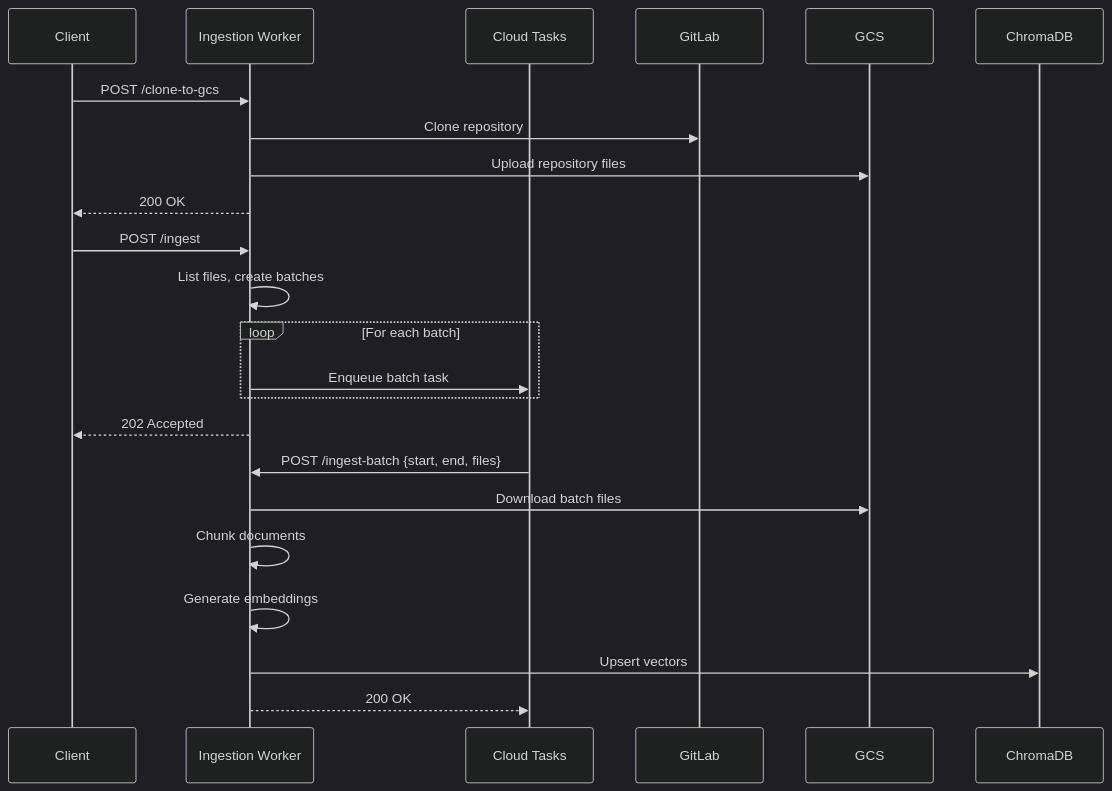
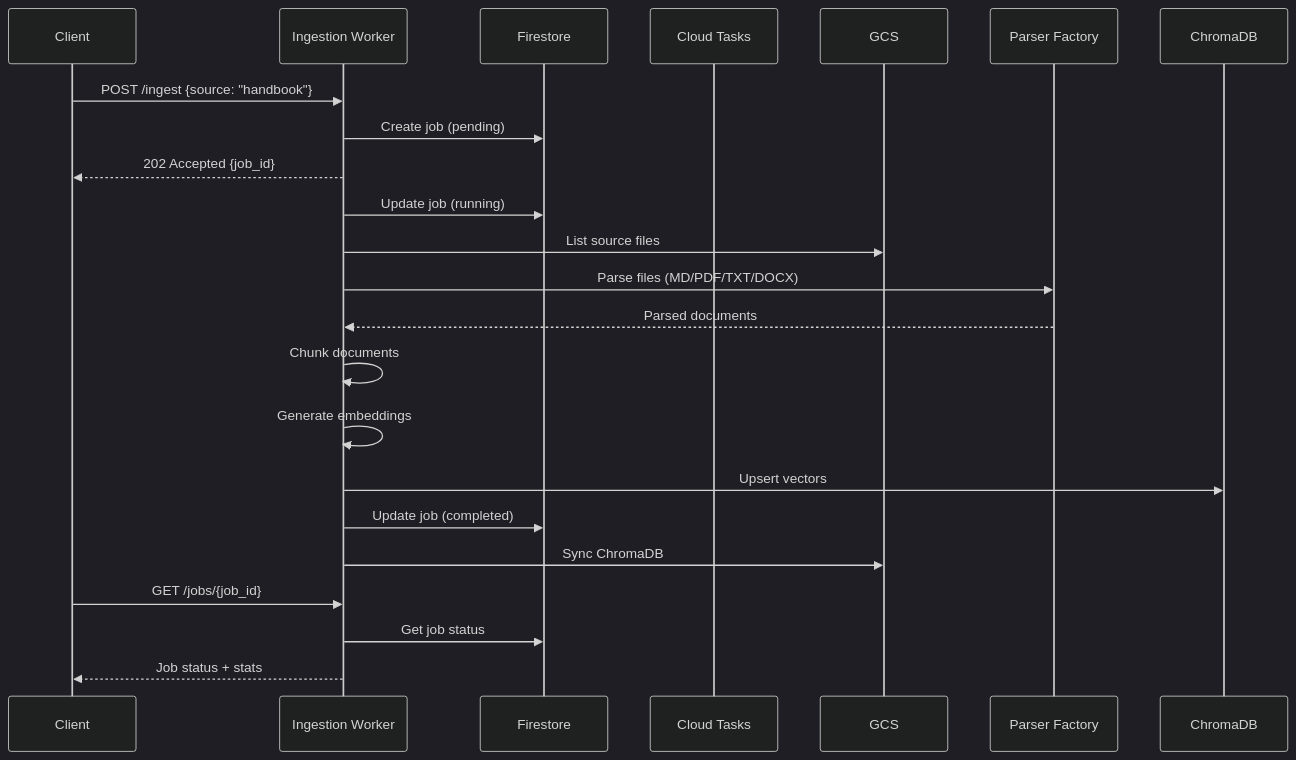
The second of 5 diagrams in docs/source/architecture/ingestion.md (TheWinterShadow/Thoth), drawn with Mermaid (dark theme) before and after one commit. The commit also changed other lines of this file and 27 other files, not shown here.

````diff
--- a/docs/source/architecture/ingestion.md
+++ b/docs/source/architecture/ingestion.md
@@ -53,28 +67,29 @@
 ```mermaid
 sequenceDiagram
     participant Client
     participant Worker as Ingestion Worker
+    participant Jobs as Firestore
     participant Tasks as Cloud Tasks
-    participant GitLab
     participant GCS
+    participant Parsers as Parser Factory
     participant ChromaDB
 
-    Client->>Worker: POST /clone-to-gcs
-    Worker->>GitLab: Clone repository
-    Worker->>GCS: Upload repository files
-    Worker-->>Client: 200 OK
+    Client->>Worker: POST /ingest {source: "handbook"}
+    Worker->>Jobs: Create job (pending)
+    Worker-->>Client: 202 Accepted {job_id}
+    Worker->>Jobs: Update job (running)
 
-    Client->>Worker: POST /ingest
-    Worker->>Worker: List files, create batches
-    loop For each batch
-        Worker->>Tasks: Enqueue batch task
-    end
-    Worker-->>Client: 202 Accepted
-
-    Tasks->>Worker: POST /ingest-batch {start, end, files}
-    Worker->>GCS: Download batch files
+    Worker->>GCS: List source files
+    Worker->>Parsers: Parse files (MD/PDF/TXT/DOCX)
+    Parsers-->>Worker: Parsed documents
     Worker->>Worker: Chunk documents
     Worker->>Worker: Generate embeddings
     Worker->>ChromaDB: Upsert vectors
-    Worker-->>Tasks: 200 OK
+
+    Worker->>Jobs: Update job (completed)
+    Worker->>GCS: Sync ChromaDB
+
+    Client->>Worker: GET /jobs/{job_id}
+    Worker->>Jobs: Get job status
+    Worker-->>Client: Job status + stats
 ```
````
